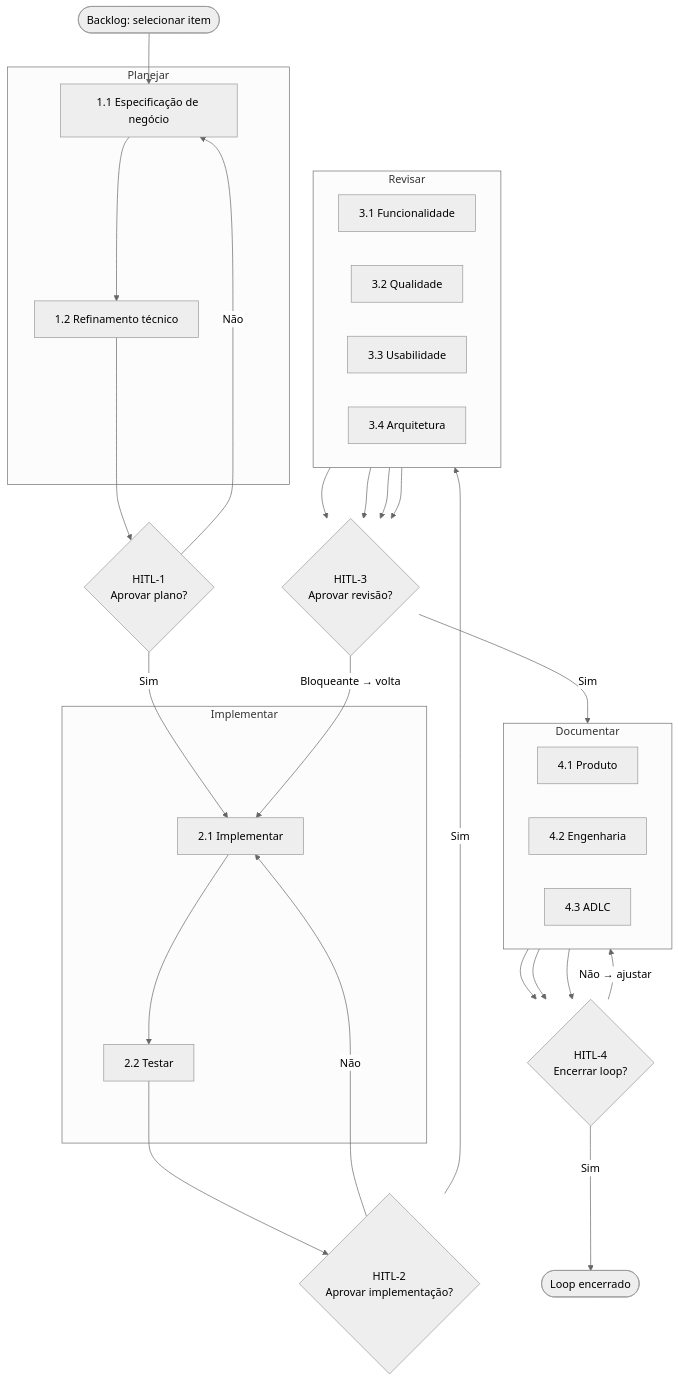
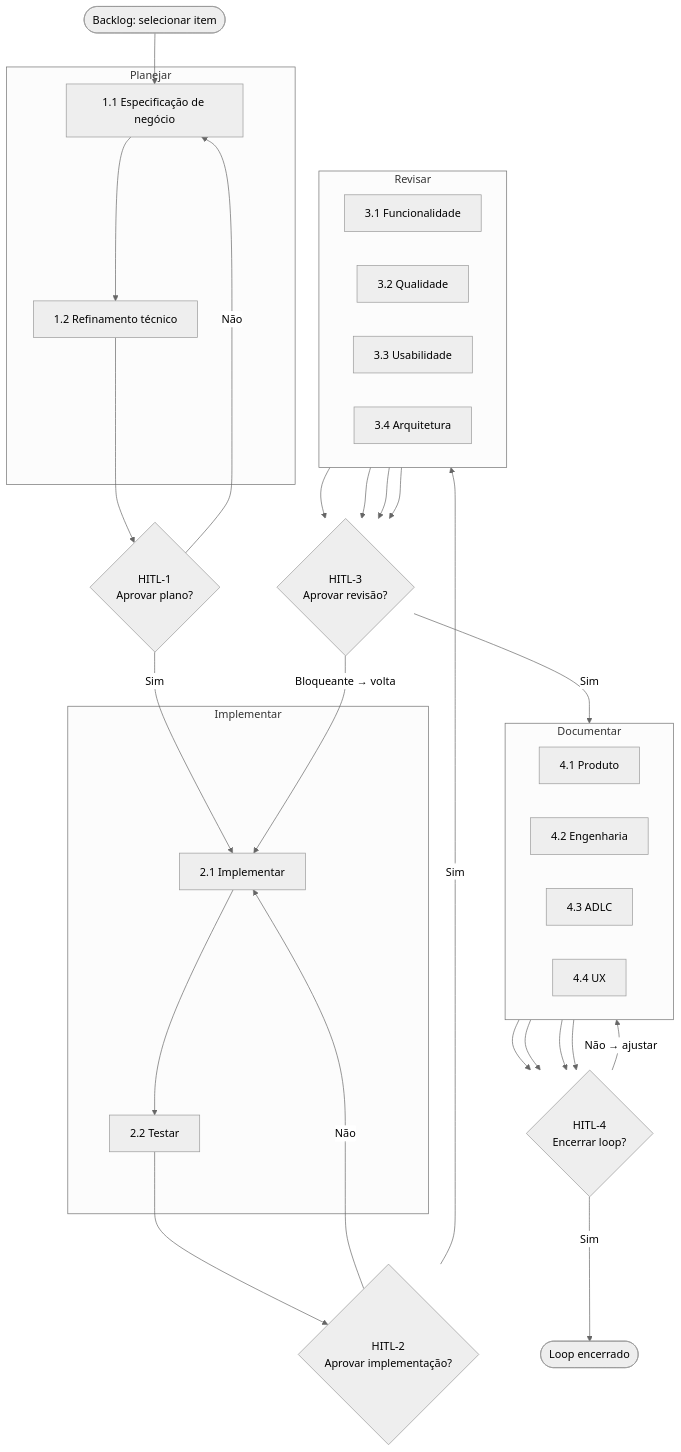
One commit to oswaldoneto/blackbox-simulator changed the diagram in context/adlc/agent_development_lifecycle.md. Above: the diagram before and after it, drawn with Mermaid (neutral theme). The commit also changed other lines of this file and 22 other files, not shown here.

````diff
--- a/context/adlc/agent_development_lifecycle.md
+++ b/context/adlc/agent_development_lifecycle.md
@@ -143,43 +149,44 @@
 ```mermaid
 flowchart TD
   Backlog([Backlog: selecionar item]) --> P1
 
   subgraph Planejar
     P1[1.1 Especificação de negócio] --> P2[1.2 Refinamento técnico]
   end
 
   P2 --> HITL1{HITL-1\nAprovar plano?}
   HITL1 -- Não --> P1
   HITL1 -- Sim --> I1
 
   subgraph Implementar
     I1[2.1 Implementar] --> I2[2.2 Testar]
   end
 
   I2 --> HITL2{HITL-2\nAprovar implementação?}
   HITL2 -- Não --> I1
   HITL2 -- Sim --> R1
 
   subgraph Revisar
     direction LR
     R1[3.1 Funcionalidade]
     R2[3.2 Qualidade]
     R3[3.3 Usabilidade]
     R4[3.4 Arquitetura]
   end
 
   R1 & R2 & R3 & R4 --> HITL3{HITL-3\nAprovar revisão?}
   HITL3 -- Bloqueante → volta --> I1
   HITL3 -- Sim --> D1
 
   subgraph Documentar
     direction LR
     D1[4.1 Produto]
     D2[4.2 Engenharia]
     D3[4.3 ADLC]
+    D4[4.4 UX]
   end
 
-  D1 & D2 & D3 --> HITL4{HITL-4\nEncerrar loop?}
+  D1 & D2 & D3 & D4 --> HITL4{HITL-4\nEncerrar loop?}
   HITL4 -- Não → ajustar --> D1
   HITL4 -- Sim --> Fim([Loop encerrado])
 ```
````
